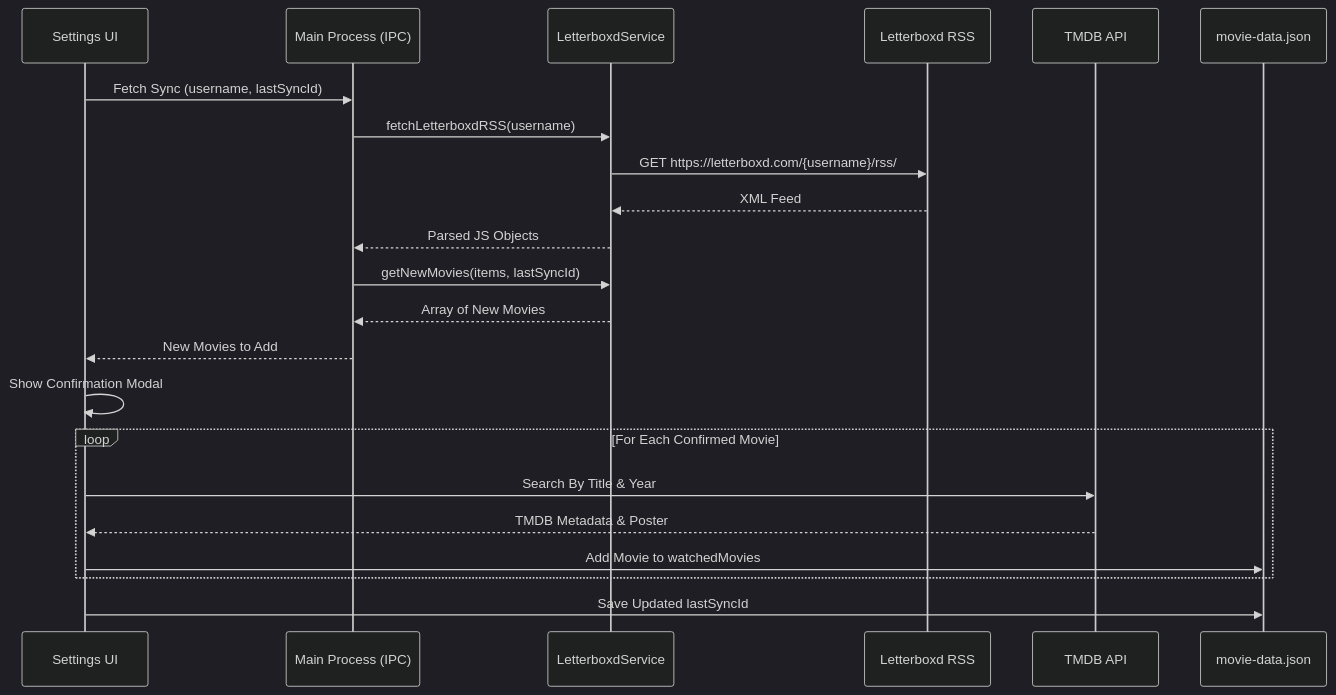
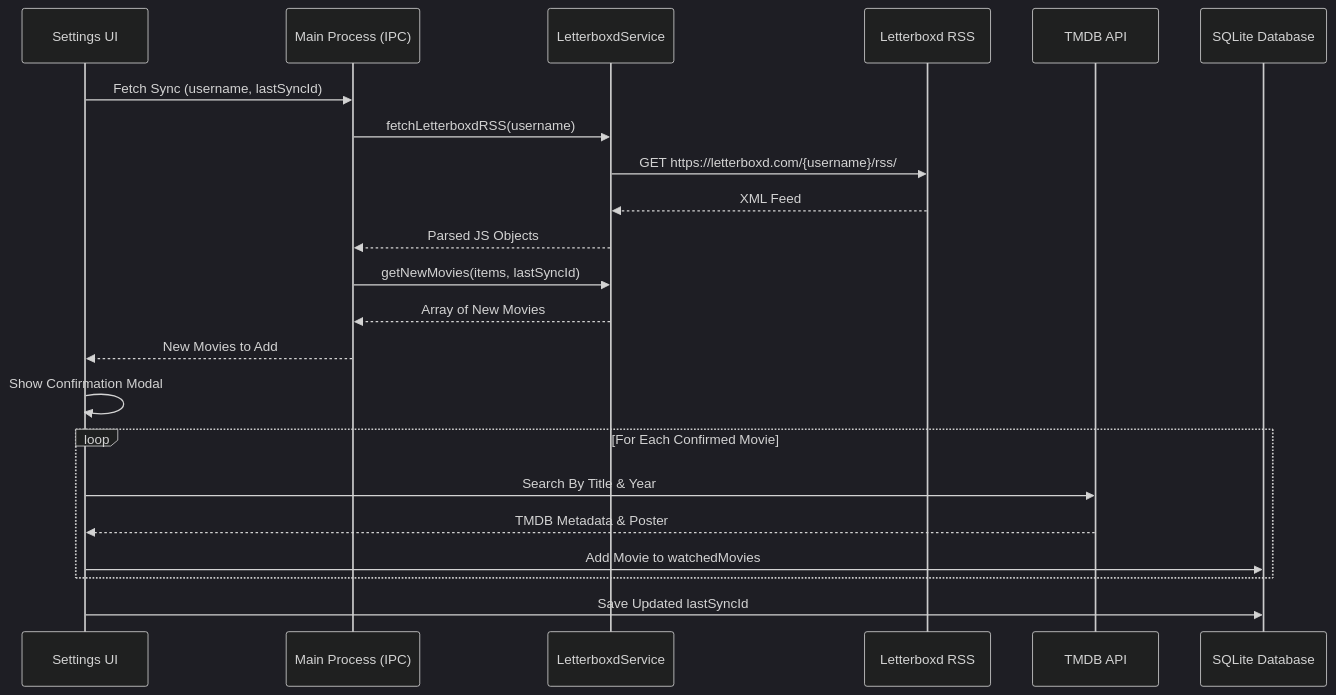
Before and after one commit to Mikko5/Movie-Tracker-App: the diagram in docs/LETTERBOXD_SYNC.md, drawn with Mermaid (dark theme). The commit also changed other lines of this file and 24 other files, not shown here.

First line of the commit message:
Add SQLite database and backup sync

````diff
--- a/docs/LETTERBOXD_SYNC.md
+++ b/docs/LETTERBOXD_SYNC.md
@@ -15,28 +15,28 @@
 ```mermaid
 sequenceDiagram
     participant UI as Settings UI
     participant Main as Main Process (IPC)
     participant LbSvc as LetterboxdService
     participant RSS as Letterboxd RSS
     participant TMDB as TMDB API
-    participant Local as movie-data.json
-
+    participant Local as SQLite Database
+ 
     UI->>Main: Fetch Sync (username, lastSyncId)
     Main->>LbSvc: fetchLetterboxdRSS(username)
     LbSvc->>RSS: GET https://letterboxd.com/{username}/rss/
     RSS-->>LbSvc: XML Feed
     LbSvc-->>Main: Parsed JS Objects
     Main->>LbSvc: getNewMovies(items, lastSyncId)
     LbSvc-->>Main: Array of New Movies
     Main-->>UI: New Movies to Add
     
     UI->>UI: Show Confirmation Modal
     
     loop For Each Confirmed Movie
         UI->>TMDB: Search By Title & Year
         TMDB-->>UI: TMDB Metadata & Poster
         UI->>Local: Add Movie to watchedMovies
     end
     
     UI->>Local: Save Updated lastSyncId
 ```
````
